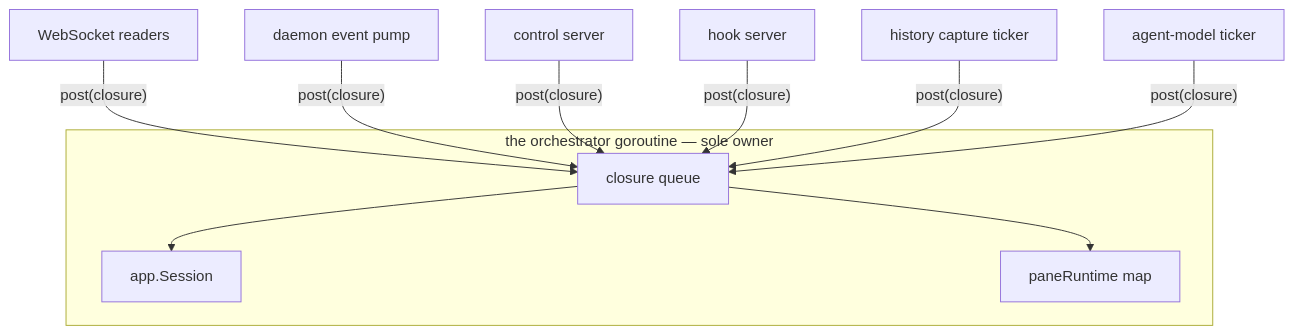
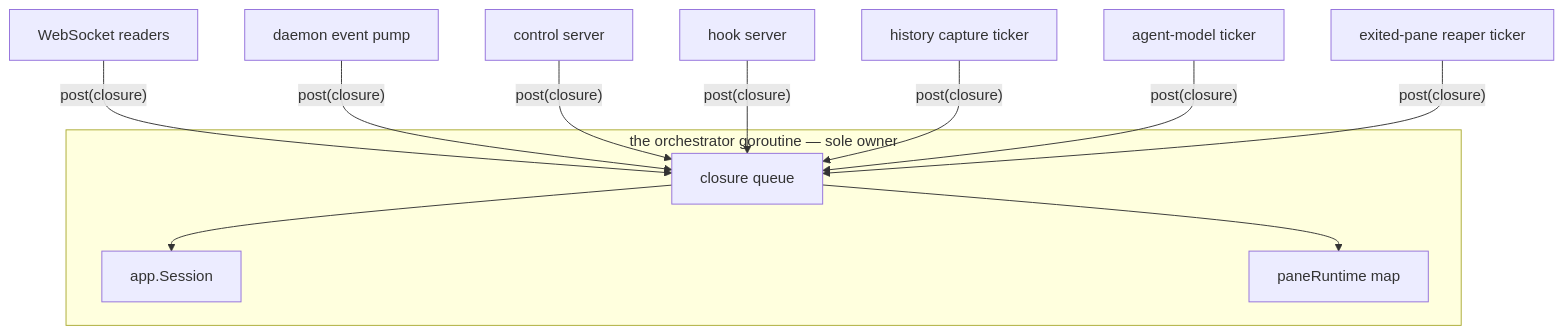
One commit to rohanthewiz/cats changed the fifth of 5 diagrams in docs/subsystems/session-model.md. Above: the diagram before and after it, drawn with Mermaid. The commit also changed other lines of this file and 14 other files, not shown here.

````diff
--- a/docs/subsystems/session-model.md
+++ b/docs/subsystems/session-model.md
@@ -168,24 +168,26 @@
 ```mermaid
 flowchart TD
   subgraph loop["the orchestrator goroutine — sole owner"]
     Q["closure queue"]
     S["app.Session"]
     RT["paneRuntime map"]
   end
 
   WSR["WebSocket readers"]
   DP["daemon event pump"]
   CS["control server"]
   HS["hook server"]
   HC["history capture ticker"]
   AM["agent-model ticker"]
+  RP["exited-pane reaper ticker"]
 
   WSR -->|"post(closure)"| Q
   DP -->|"post(closure)"| Q
   CS -->|"post(closure)"| Q
   HS -->|"post(closure)"| Q
   HC -->|"post(closure)"| Q
   AM -->|"post(closure)"| Q
+  RP -->|"post(closure)"| Q
   Q --> S
   Q --> RT
 ```
````
